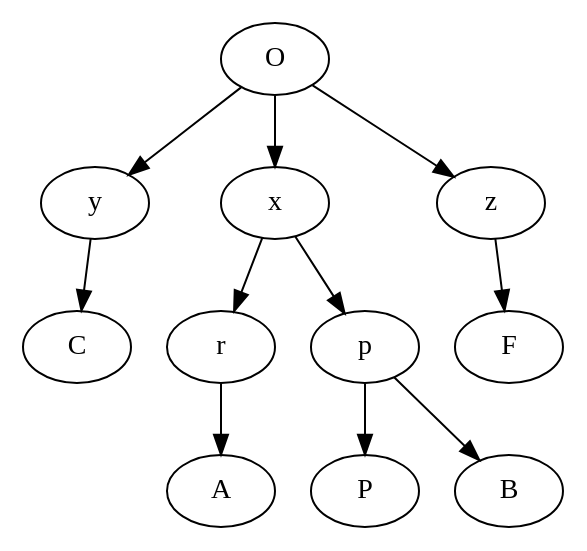
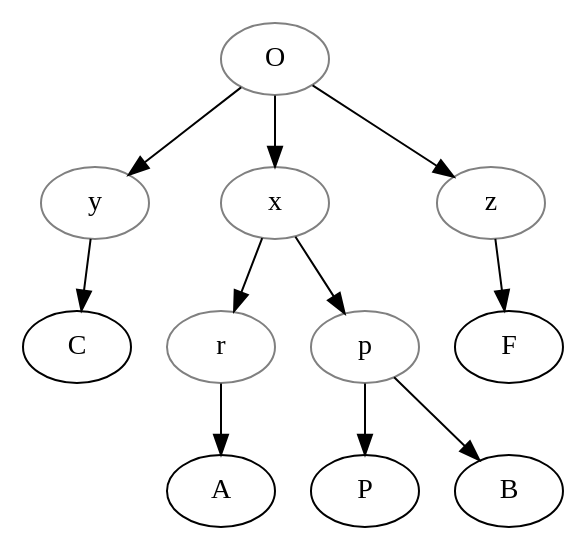
Before and after one commit to OpenStemmata/database: the diagram in data/fro/Sweetser_1964_Blancandin/stemma.gv, drawn with Graphviz.

Commit message:
added hypothetical nodes

```diff
--- a/data/fro/Sweetser_1964_Blancandin/stemma.gv
+++ b/data/fro/Sweetser_1964_Blancandin/stemma.gv
@@ -1,19 +1,26 @@
 digraph {
+
+O[color="grey"];
+y[color="grey"];
+x[color="grey"];
+z[color="grey"];
+r[color="grey"];
+p[color="grey"];
 
  O -> y; 
  O -> x; 
  O -> z;
 
  y -> C;
 
  z -> F;
 
  x -> r;
  x -> p;
 
  p -> P;
  p -> B;
 
  r -> A;
 
-}
+} 
```
